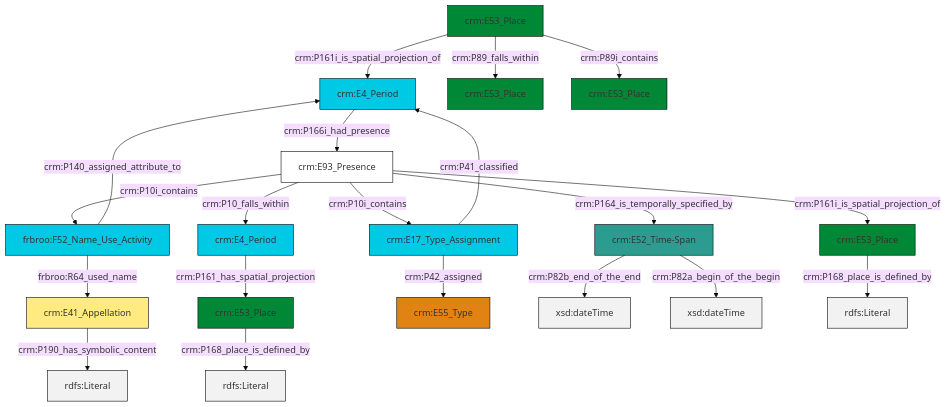
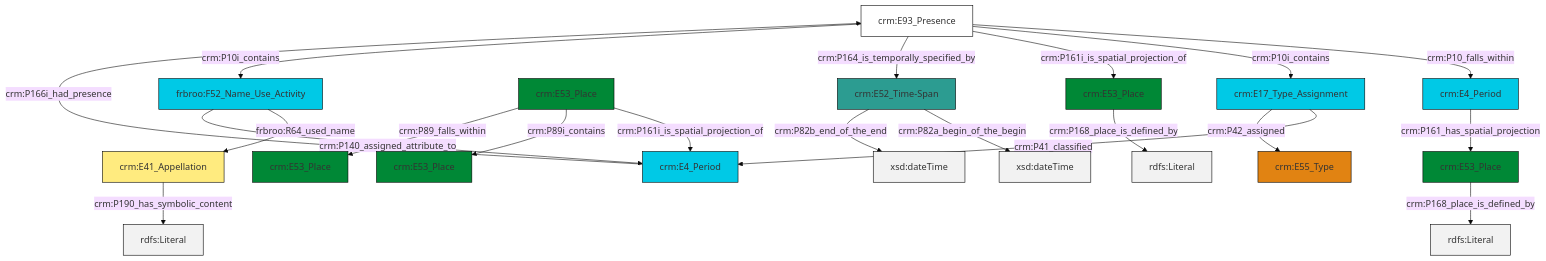
The diagram in et/placeCSV/ttl/mmd/place_parthood.ttl.mmd (swiss-art-research-net/docs.swissartresearch), drawn with Mermaid (base theme) before and after one commit. The commit also changed 178 other files, not shown here.

```diff
--- a/et/placeCSV/ttl/mmd/place_parthood.ttl.mmd
+++ b/et/placeCSV/ttl/mmd/place_parthood.ttl.mmd
@@ -1,34 +1,34 @@
 graph TD
 classDef Literal fill:#f2f2f2,stroke:#000000;
 classDef CRM_Entity fill:#FFFFFF,stroke:#000000;
 classDef Temporal_Entity fill:#00C9E6, stroke:#000000;
 classDef Type fill:#E18312, stroke:#000000;
 classDef Time-Span fill:#2C9C91, stroke:#000000;
 classDef Appellation fill:#FFEB7F, stroke:#000000;
 classDef Place fill:#008836, stroke:#000000;
 classDef Persistent_Item fill:#B266B2, stroke:#000000;
 classDef Conceptual_Object fill:#FFD700, stroke:#000000;
 classDef Physical_Thing fill:#D2B48C, stroke:#000000;
 classDef Actor fill:#f58aad, stroke:#000000;
 classDef PC_Classes fill:#4ce600, stroke:#000000;
 classDef Multi fill:#cccccc,stroke:#000000;
 
-0["crm:E4_Period"]:::Temporal_Entity -->|crm:P166i_had_presence| 1["crm:E93_Presence"]:::CRM_Entity
-4["crm:E53_Place"]:::Place -->|crm:P168_place_is_defined_by| 5[rdfs:Literal]:::Literal
-10["crm:E41_Appellation"]:::Appellation -->|crm:P190_has_symbolic_content| 11[rdfs:Literal]:::Literal
-12["crm:E17_Type_Assignment"]:::Temporal_Entity -->|crm:P42_assigned| 13["crm:E55_Type"]:::Type
-14["crm:E53_Place"]:::Place -->|crm:P89_falls_within| 2["crm:E53_Place"]:::Place
-1["crm:E93_Presence"]:::CRM_Entity -->|crm:P164_is_temporally_specified_by| 6["crm:E52_Time-Span"]:::Time-Span
-14["crm:E53_Place"]:::Place -->|crm:P89i_contains| 15["crm:E53_Place"]:::Place
-6["crm:E52_Time-Span"]:::Time-Span -->|crm:P82b_end_of_the_end| 16[xsd:dateTime]:::Literal
-17["crm:E4_Period"]:::Temporal_Entity -->|crm:P161_has_spatial_projection| 4["crm:E53_Place"]:::Place
-12["crm:E17_Type_Assignment"]:::Temporal_Entity -->|crm:P41_classified| 0["crm:E4_Period"]:::Temporal_Entity
-6["crm:E52_Time-Span"]:::Time-Span -->|crm:P82a_begin_of_the_begin| 22[xsd:dateTime]:::Literal
-23["crm:E53_Place"]:::Place -->|crm:P168_place_is_defined_by| 24[rdfs:Literal]:::Literal
-14["crm:E53_Place"]:::Place -->|crm:P161i_is_spatial_projection_of| 0["crm:E4_Period"]:::Temporal_Entity
-1["crm:E93_Presence"]:::CRM_Entity -->|crm:P10i_contains| 8["frbroo:F52_Name_Use_Activity"]:::Temporal_Entity
-8["frbroo:F52_Name_Use_Activity"]:::Temporal_Entity -->|crm:P140_assigned_attribute_to| 0["crm:E4_Period"]:::Temporal_Entity
-1["crm:E93_Presence"]:::CRM_Entity -->|crm:P10_falls_within| 17["crm:E4_Period"]:::Temporal_Entity
-8["frbroo:F52_Name_Use_Activity"]:::Temporal_Entity -->|frbroo:R64_used_name| 10["crm:E41_Appellation"]:::Appellation
-1["crm:E93_Presence"]:::CRM_Entity -->|crm:P161i_is_spatial_projection_of| 23["crm:E53_Place"]:::Place
-1["crm:E93_Presence"]:::CRM_Entity -->|crm:P10i_contains| 12["crm:E17_Type_Assignment"]:::Temporal_Entity
+0["crm:E93_Presence"]:::CRM_Entity -->|crm:P10_falls_within| 1["crm:E4_Period"]:::Temporal_Entity
+2["crm:E52_Time-Span"]:::Time-Span -->|crm:P82a_begin_of_the_begin| 3[xsd:dateTime]:::Literal
+4["crm:E53_Place"]:::Place -->|crm:P161i_is_spatial_projection_of| 6["crm:E4_Period"]:::Temporal_Entity
+1["crm:E4_Period"]:::Temporal_Entity -->|crm:P161_has_spatial_projection| 7["crm:E53_Place"]:::Place
+0["crm:E93_Presence"]:::CRM_Entity -->|crm:P10i_contains| 8["crm:E17_Type_Assignment"]:::Temporal_Entity
+8["crm:E17_Type_Assignment"]:::Temporal_Entity -->|crm:P41_classified| 6["crm:E4_Period"]:::Temporal_Entity
+7["crm:E53_Place"]:::Place -->|crm:P168_place_is_defined_by| 13[rdfs:Literal]:::Literal
+14["crm:E41_Appellation"]:::Appellation -->|crm:P190_has_symbolic_content| 15[rdfs:Literal]:::Literal
+4["crm:E53_Place"]:::Place -->|crm:P89i_contains| 19["crm:E53_Place"]:::Place
+21["frbroo:F52_Name_Use_Activity"]:::Temporal_Entity -->|frbroo:R64_used_name| 14["crm:E41_Appellation"]:::Appellation
+0["crm:E93_Presence"]:::CRM_Entity -->|crm:P161i_is_spatial_projection_of| 23["crm:E53_Place"]:::Place
+6["crm:E4_Period"]:::Temporal_Entity -->|crm:P166i_had_presence| 0["crm:E93_Presence"]:::CRM_Entity
+2["crm:E52_Time-Span"]:::Time-Span -->|crm:P82b_end_of_the_end| 24[xsd:dateTime]:::Literal
+4["crm:E53_Place"]:::Place -->|crm:P89_falls_within| 25["crm:E53_Place"]:::Place
+0["crm:E93_Presence"]:::CRM_Entity -->|crm:P164_is_temporally_specified_by| 2["crm:E52_Time-Span"]:::Time-Span
+23["crm:E53_Place"]:::Place -->|crm:P168_place_is_defined_by| 27[rdfs:Literal]:::Literal
+8["crm:E17_Type_Assignment"]:::Temporal_Entity -->|crm:P42_assigned| 17["crm:E55_Type"]:::Type
+0["crm:E93_Presence"]:::CRM_Entity -->|crm:P10i_contains| 21["frbroo:F52_Name_Use_Activity"]:::Temporal_Entity
+21["frbroo:F52_Name_Use_Activity"]:::Temporal_Entity -->|crm:P140_assigned_attribute_to| 6["crm:E4_Period"]:::Temporal_Entity
```
